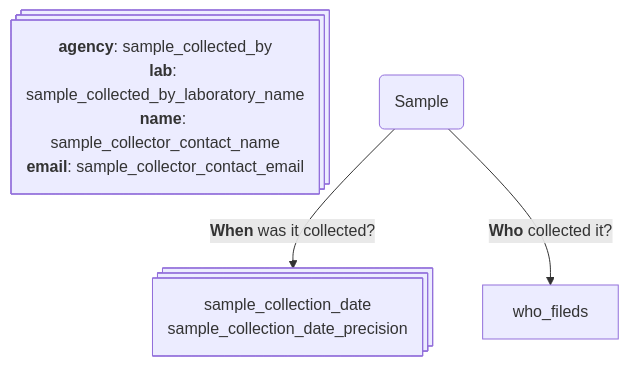
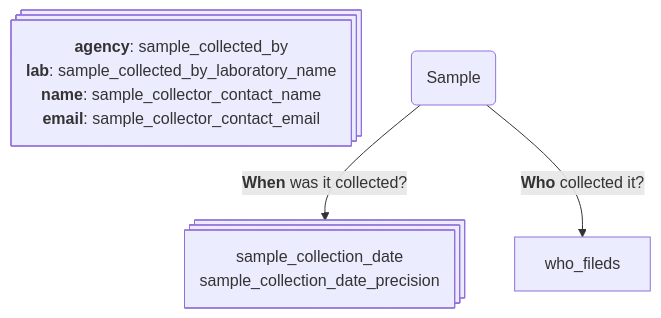
One commit to grdi-amr/docs-and-SOPs changed the second of 2 diagrams in metadata_standards_sop.md. Above: the diagram before and after it, drawn with Mermaid.

Commit message:
Adds config

````diff
--- a/metadata_standards_sop.md
+++ b/metadata_standards_sop.md
@@ -208,14 +208,18 @@
 ```mermaid
+---
+config:
+    markdownAutoWrap: false
+---
 graph TD
 
 time_fields@{shape: procs, label: "sample_collection_date
                                    sample_collection_date_precision"}
 who_fields@{shape: procs, label: "**agency**: sample_collected_by
                                   **lab**: sample_collected_by_laboratory_name
                                   **name**: sample_collector_contact_name
                                   **email**: sample_collector_contact_email"}
 
 sam("Sample") --> |"`**When** was it collected?`"| time_fields
 sam("Sample") --> |"`**Who** collected it?`"     | who_fileds
 
 ```
````
